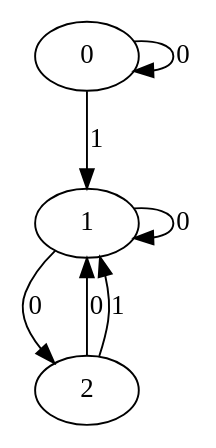
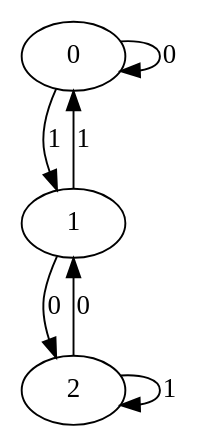
Before and after one commit to slavamateshe/DFAProver: the diagram in DFAProver/3div.dot, drawn with Graphviz. The commit also changed 4 other files, not shown here.

```diff
--- a/DFAProver/3div.dot
+++ b/DFAProver/3div.dot
@@ -1,8 +1,8 @@
 digraph{
 0 -> 0 [label=0]
 0 -> 1 [label=1]
 1 -> 2 [label=0]
-1 -> 1 [label=0]
+1 -> 0 [label=1]
 2 -> 1 [label=0]
-2 -> 1 [label=1]
+2 -> 2 [label=1]
 }
```
